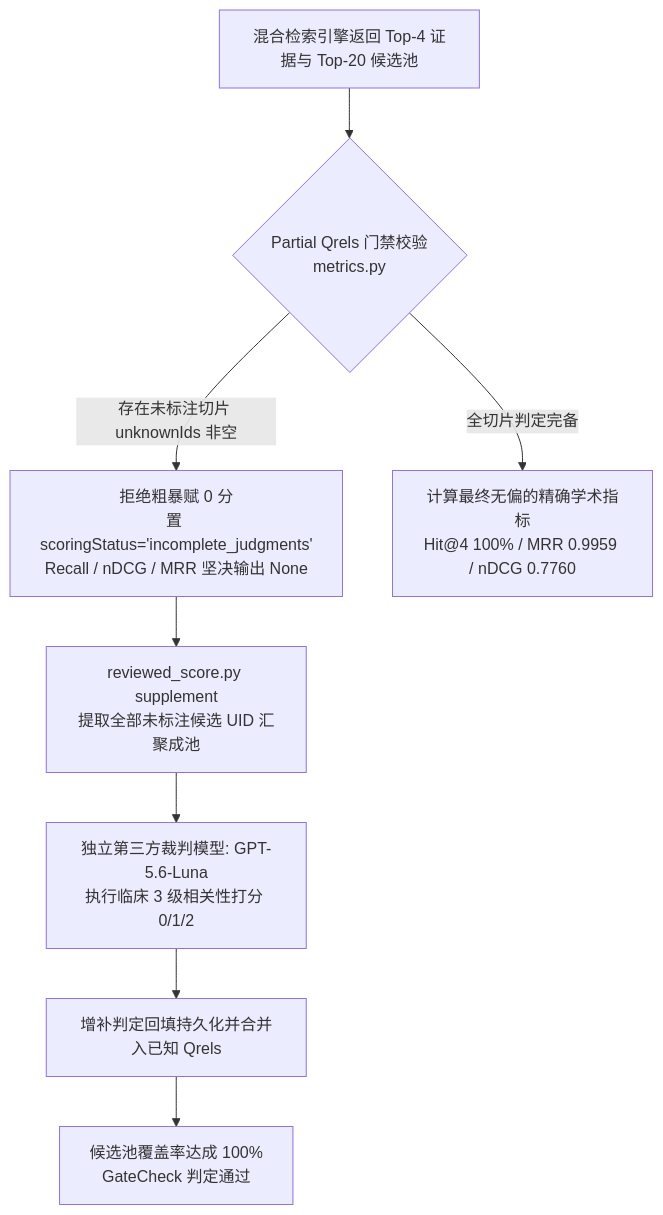
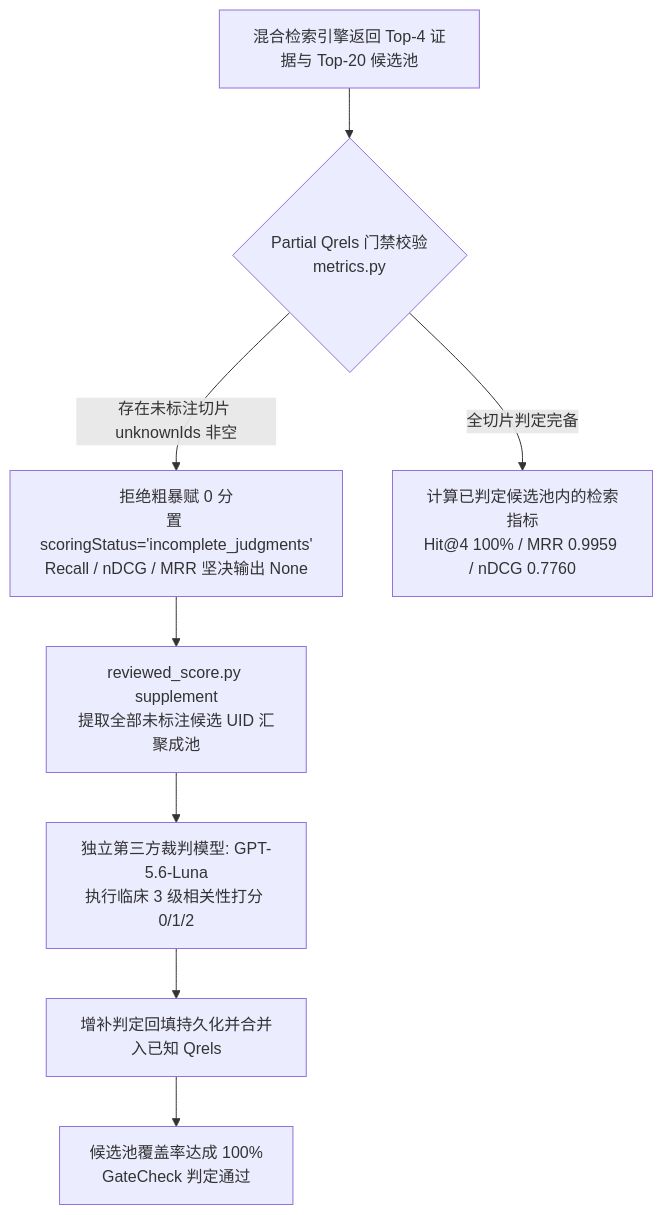
Before and after one commit to WenYuecheng/solaceai: the second of 4 diagrams in docs/evaluation.md, drawn with Mermaid. The commit also changed other lines of this file and 16 other files, not shown here.

````diff
--- a/docs/evaluation.md
+++ b/docs/evaluation.md
@@ -31,13 +33,13 @@
 ```mermaid
 flowchart TD
     Retrieve[混合检索引擎返回 Top-4 证据与 Top-20 候选池] --> GateCheck{Partial Qrels 门禁校验<br/>metrics.py}
     
     GateCheck -->|存在未标注切片 unknownIds 非空| Incomplete[拒绝粗暴赋 0 分<br/>置 scoringStatus='incomplete_judgments'<br/>Recall / nDCG / MRR 坚决输出 None]
     Incomplete --> DispatchLuna[reviewed_score.py supplement<br/>提取全部未标注候选 UID 汇聚成池]
     
     DispatchLuna --> LunaJudge[独立第三方裁判模型: GPT-5.6-Luna<br/>执行临床 3 级相关性打分 0/1/2]
     LunaJudge --> MergeQrels[增补判定回填持久化并合并入已知 Qrels]
     
     MergeQrels --> ReEval["候选池覆盖率达成 100%<br/>GateCheck 判定通过"]
-    GateCheck -->|全切片判定完备| ComputeFinal["计算最终无偏的精确学术指标<br/>Hit@4 100% / MRR 0.9959 / nDCG 0.7760"]
+    GateCheck -->|全切片判定完备| ComputeFinal["计算已判定候选池内的检索指标<br/>Hit@4 100% / MRR 0.9959 / nDCG 0.7760"]
 ```
````
